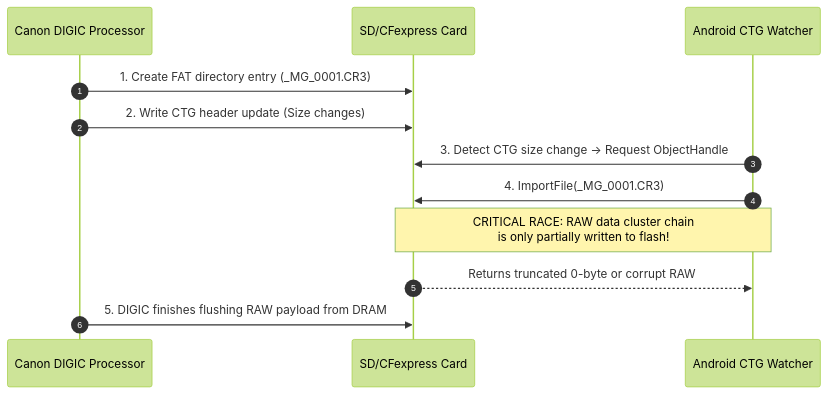
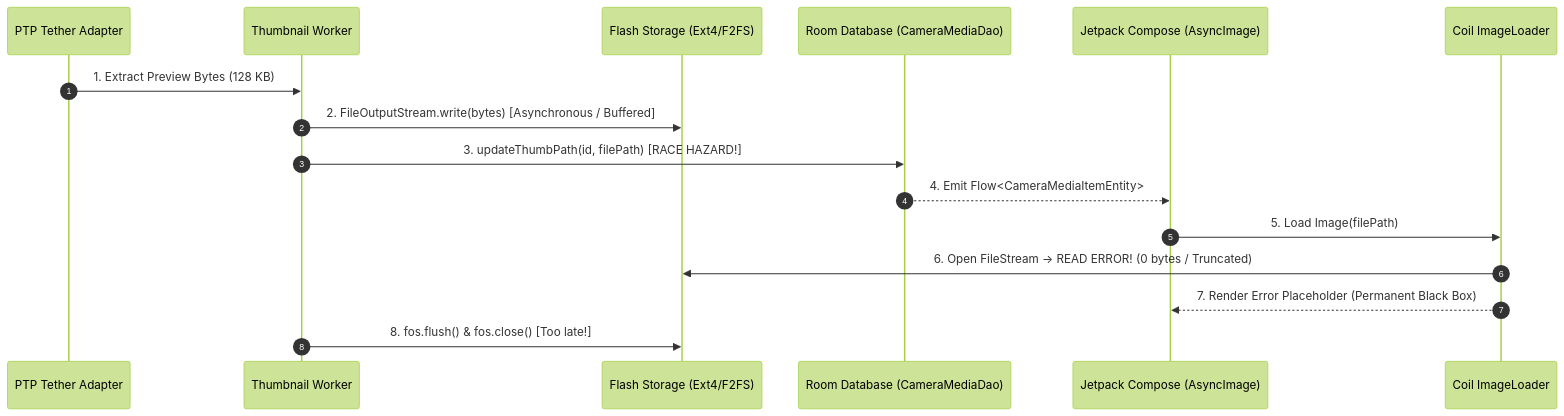
The diagram in .planning/research/PITFALLS.md (ryandxter/tethershoot-android), drawn with Mermaid (forest theme) before and after one commit. The commit also changed other lines of this file and 7 other files, not shown here.

Commit message:
docs: initialize milestone v4.0 — requirements, research & roadmap (Phases 10-13)

````diff
--- a/.planning/research/PITFALLS.md
+++ b/.planning/research/PITFALLS.md
@@ -167,15 +107,19 @@
 ```mermaid
 sequenceDiagram
     autonumber
-    participant DIGIC as Canon DIGIC Processor
-    participant SD as SD/CFexpress Card
-    participant Watcher as Android CTG Watcher
+    participant USB as PTP Tether Adapter
+    participant Worker as Thumbnail Worker
+    participant Disk as Flash Storage (Ext4/F2FS)
+    participant DB as Room Database (CameraMediaDao)
+    participant UI as Jetpack Compose (AsyncImage)
+    participant Coil as Coil ImageLoader
 
-    DIGIC->>SD: 1. Create FAT directory entry (_MG_0001.CR3)
-    DIGIC->>SD: 2. Write CTG header update (Size changes)
-    Watcher->>SD: 3. Detect CTG size change -> Request ObjectHandle
-    Watcher->>SD: 4. ImportFile(_MG_0001.CR3)
-    Note over SD,Watcher: CRITICAL RACE: RAW data cluster chain<br/>is only partially written to flash!
-    SD-->>Watcher: Returns truncated 0-byte or corrupt RAW
-    DIGIC->>SD: 5. DIGIC finishes flushing RAW payload from DRAM
+    USB->>Worker: 1. Extract Preview Bytes (128 KB)
+    Worker->>Disk: 2. FileOutputStream.write(bytes) [Asynchronous / Buffered]
+    Worker->>DB: 3. updateThumbPath(id, filePath) [RACE HAZARD!]
+    DB-->>UI: 4. Emit Flow<CameraMediaItemEntity>
+    UI->>Coil: 5. Load Image(filePath)
+    Coil->>Disk: 6. Open FileStream -> READ ERROR! (0 bytes / Truncated)
+    Coil-->>UI: 7. Render Error Placeholder (Permanent Black Box)
+    Worker->>Disk: 8. fos.flush() & fos.close() [Too late!]
 ```
````
